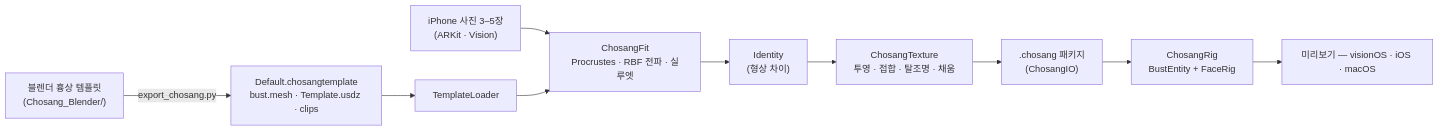
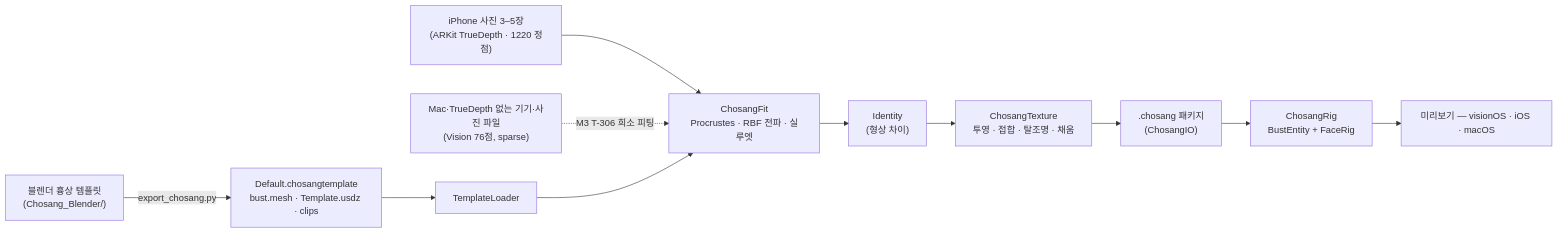
Before and after one commit to kimminung/Chosang: the second of 3 diagrams in README.md, drawn with Mermaid. The commit also changed other lines of this file and 14 other files, not shown here.

````diff
--- a/README.md
+++ b/README.md
@@ -57,12 +64,13 @@
 ```mermaid
 flowchart LR
     Blender["블렌더 흉상 템플릿<br/>(Chosang_Blender/)"] -->|export_chosang.py| Pkg["Default.chosangtemplate<br/>bust.mesh · Template.usdz · clips"]
     Pkg --> Loader["TemplateLoader"]
-    Photo["iPhone 사진 3–5장<br/>(ARKit · Vision)"] --> FaceFitter
+    Photo["iPhone 사진 3–5장<br/>(ARKit TrueDepth · 1220 정점)"] --> FaceFitter
+    Sparse["Mac·TrueDepth 없는 기기·사진 파일<br/>(Vision 76점, sparse)"] -.->|M3 T-306 희소 피팅| FaceFitter
     Loader --> FaceFitter["ChosangFit<br/>Procrustes · RBF 전파 · 실루엣"]
     FaceFitter --> Identity["Identity<br/>(형상 차이)"]
     Identity --> Projector["ChosangTexture<br/>투영 · 접합 · 탈조명 · 채움"]
     Projector --> Package[".chosang 패키지<br/>(ChosangIO)"]
     Package --> BustEntity["ChosangRig<br/>BustEntity + FaceRig"]
     BustEntity --> Preview["미리보기 — visionOS · iOS · macOS"]
 ```
````
